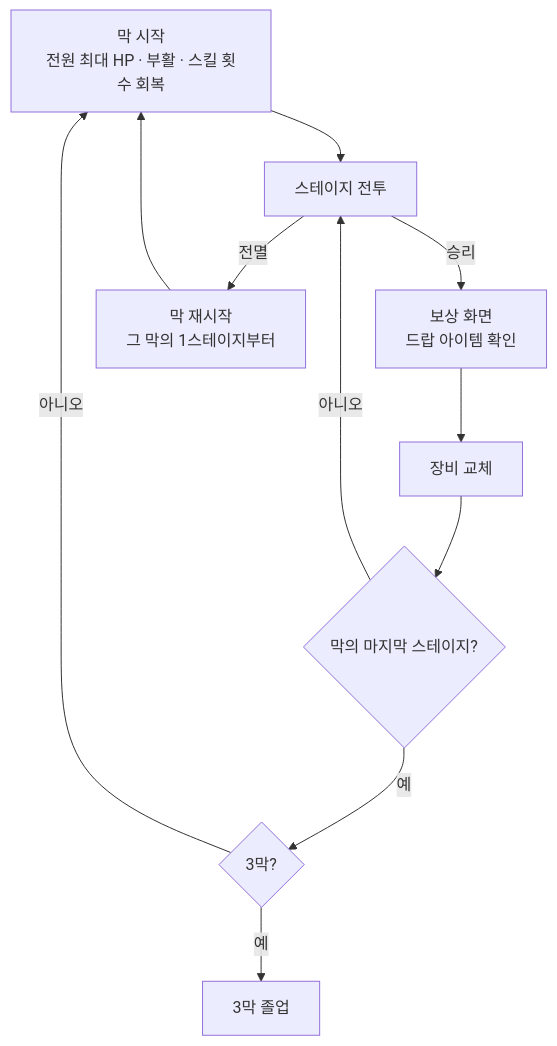
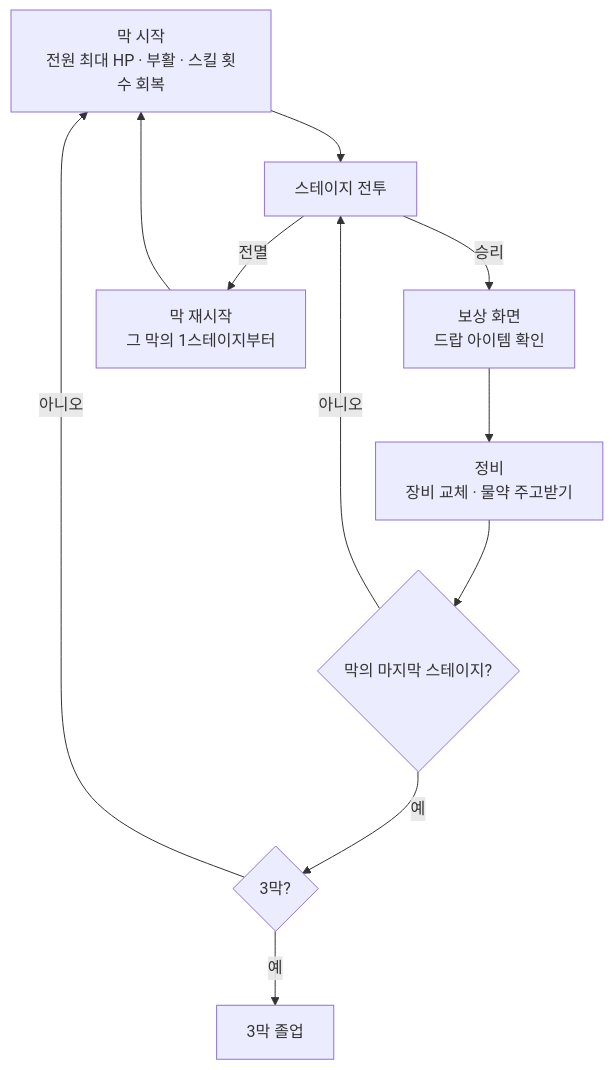
The diagram in docs/GAME_STRUCTURE.md (minjunkim-dev/BGLike), drawn with Mermaid before and after one commit. The commit also changed other lines of this file, not shown here.

````diff
--- a/docs/GAME_STRUCTURE.md
+++ b/docs/GAME_STRUCTURE.md
@@ -49,13 +49,13 @@
 ```mermaid
 flowchart TD
     A[막 시작<br/>전원 최대 HP · 부활 · 스킬 횟수 회복] --> B[스테이지 전투]
     B -- 승리 --> C[보상 화면<br/>드랍 아이템 확인]
-    C --> D[장비 교체]
+    C --> D[정비<br/>장비 교체 · 물약 주고받기]
     D --> E{막의 마지막 스테이지?}
     E -- 아니오 --> B
     E -- 예 --> F{3막?}
     F -- 아니오 --> A
     F -- 예 --> G[3막 졸업]
     B -- 전멸 --> H[막 재시작<br/>그 막의 1스테이지부터]
     H --> A
 ```
````
